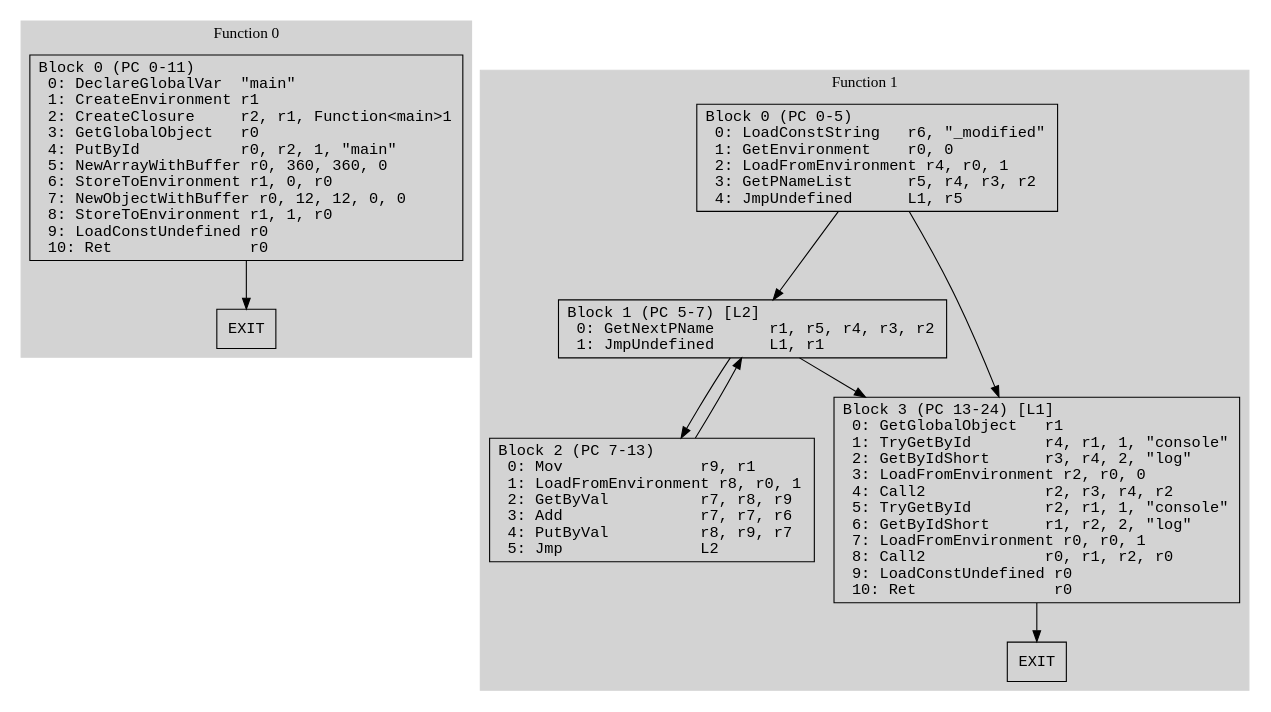
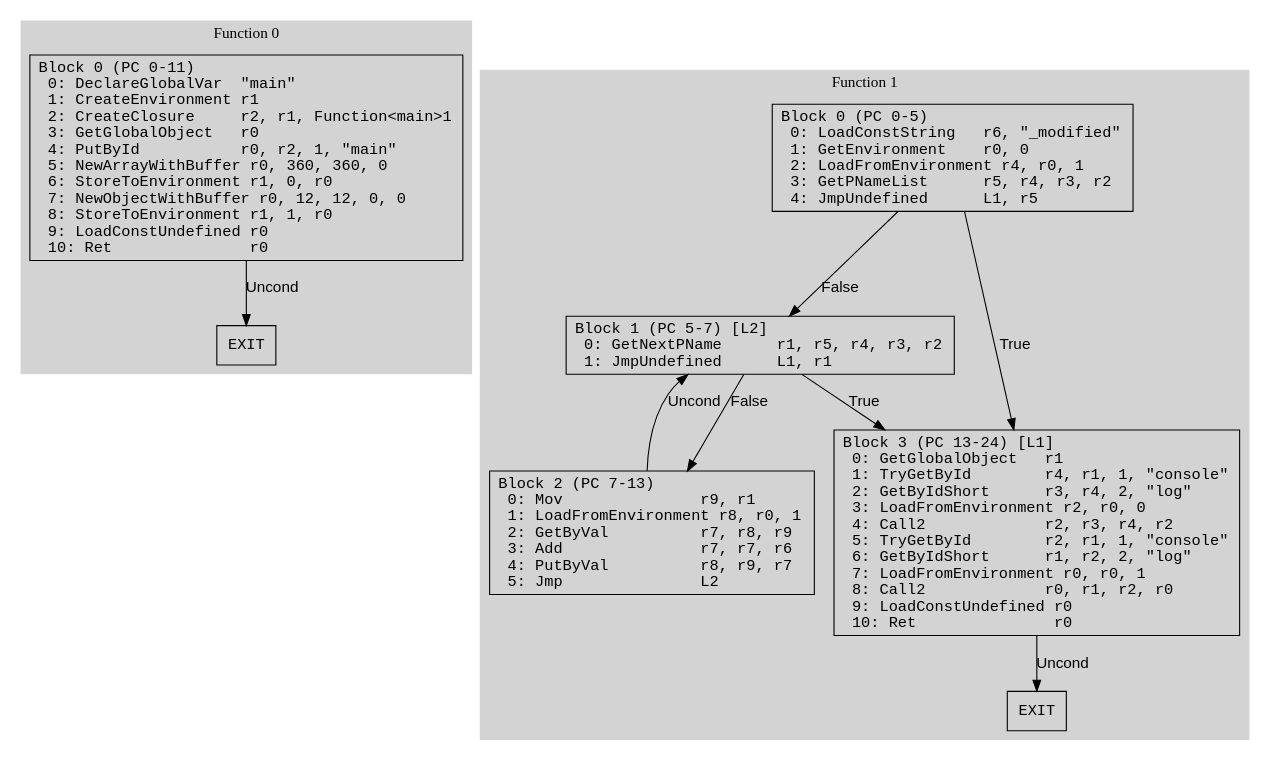
Before and after one commit to kroo/hermes-dec-rs: the diagram in data/array_constants_v90.dot, drawn with Graphviz. The commit also changed 50 other files, not shown here.

```diff
--- a/data/array_constants_v90.dot
+++ b/data/array_constants_v90.dot
@@ -1,38 +1,42 @@
 // CFG analysis for array_constants_v90
 // Generated from data/array_constants_v90.hbc
 
 digraph {
   rankdir=TB;
   node [shape=box, fontname="monospace"];
 
   subgraph cluster_function_0 {
     label = "Function 0";
     style = filled;
     color = lightgrey;
 
+    edge [fontname="Arial"];
+
     f0_n0 [ label = "Block 0 (PC 0-11)\l  0: DeclareGlobalVar  \"main\"\l  1: CreateEnvironment r1\l  2: CreateClosure     r2, r1, Function<main>1\l  3: GetGlobalObject   r0\l  4: PutById           r0, r2, 1, \"main\"\l  5: NewArrayWithBuffer r0, 360, 360, 0\l  6: StoreToEnvironment r1, 0, r0\l  7: NewObjectWithBuffer r0, 12, 12, 0, 0\l  8: StoreToEnvironment r1, 1, r0\l  9: LoadConstUndefined r0\l  10: Ret               r0\l" ]
     f0_n1 [ label = "EXIT" ]
 
-    f0_n0 -> f0_n1
+    f0_n0 -> f0_n1 [label="Uncond"]
   }
 
   subgraph cluster_function_1 {
     label = "Function 1";
     style = filled;
     color = lightgrey;
 
+    edge [fontname="Arial"];
+
     f1_n0 [ label = "Block 0 (PC 0-5)\l  0: LoadConstString   r6, \"_modified\"\l  1: GetEnvironment    r0, 0\l  2: LoadFromEnvironment r4, r0, 1\l  3: GetPNameList      r5, r4, r3, r2\l  4: JmpUndefined      L1, r5\l" ]
     f1_n1 [ label = "Block 1 (PC 5-7) [L2]\l  0: GetNextPName      r1, r5, r4, r3, r2\l  1: JmpUndefined      L1, r1\l" ]
     f1_n2 [ label = "Block 2 (PC 7-13)\l  0: Mov               r9, r1\l  1: LoadFromEnvironment r8, r0, 1\l  2: GetByVal          r7, r8, r9\l  3: Add               r7, r7, r6\l  4: PutByVal          r8, r9, r7\l  5: Jmp               L2\l" ]
     f1_n3 [ label = "Block 3 (PC 13-24) [L1]\l  0: GetGlobalObject   r1\l  1: TryGetById        r4, r1, 1, \"console\"\l  2: GetByIdShort      r3, r4, 2, \"log\"\l  3: LoadFromEnvironment r2, r0, 0\l  4: Call2             r2, r3, r4, r2\l  5: TryGetById        r2, r1, 1, \"console\"\l  6: GetByIdShort      r1, r2, 2, \"log\"\l  7: LoadFromEnvironment r0, r0, 1\l  8: Call2             r0, r1, r2, r0\l  9: LoadConstUndefined r0\l  10: Ret               r0\l" ]
     f1_n4 [ label = "EXIT" ]
 
-    f1_n0 -> f1_n3
-    f1_n0 -> f1_n1
-    f1_n1 -> f1_n3
-    f1_n1 -> f1_n2
-    f1_n2 -> f1_n1
-    f1_n3 -> f1_n4
+    f1_n0 -> f1_n3 [label="True"]
+    f1_n0 -> f1_n1 [label="False"]
+    f1_n1 -> f1_n3 [label="True"]
+    f1_n1 -> f1_n2 [label="False"]
+    f1_n2 -> f1_n1 [label="Uncond"]
+    f1_n3 -> f1_n4 [label="Uncond"]
   }
 
 }
```
